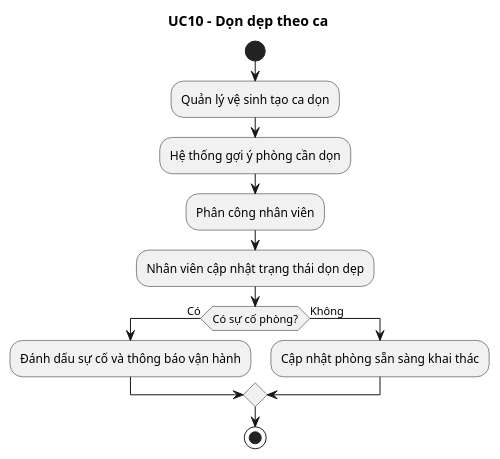
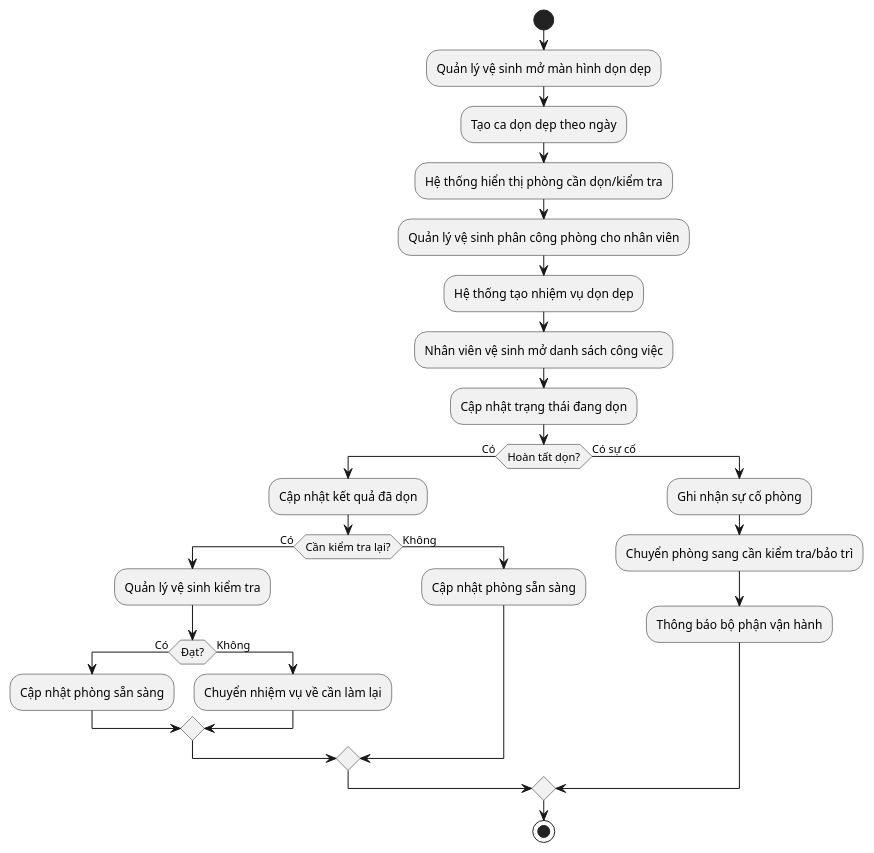
One commit to Dinhpham04/DA-KLTN_HOTEL_MANAGEMENT changed the diagram in docs/activity_diagram/uc10-cleaning-shift.puml. Above: the diagram before and after it, drawn with PlantUML. The commit also changed 92 other files, not shown here.

```diff
--- a/docs/activity_diagram/uc10-cleaning-shift.puml
+++ b/docs/activity_diagram/uc10-cleaning-shift.puml
@@ -1,14 +1,32 @@
 @startuml uc10_cleaning_shift
-title UC10 - Dọn dẹp theo ca
 start
-:Quản lý vệ sinh tạo ca dọn;
-:Hệ thống gợi ý phòng cần dọn;
-:Phân công nhân viên;
-:Nhân viên cập nhật trạng thái dọn dẹp;
-if (Có sự cố phòng?) then (Có)
-  :Đánh dấu sự cố và thông báo vận hành;
-else (Không)
-  :Cập nhật phòng sẵn sàng khai thác;
+
+:Quản lý vệ sinh mở màn hình dọn dẹp;
+:Tạo ca dọn dẹp theo ngày;
+:Hệ thống hiển thị phòng cần dọn/kiểm tra;
+:Quản lý vệ sinh phân công phòng cho nhân viên;
+:Hệ thống tạo nhiệm vụ dọn dẹp;
+
+:Nhân viên vệ sinh mở danh sách công việc;
+:Cập nhật trạng thái đang dọn;
+
+if (Hoàn tất dọn?) then (Có)
+  :Cập nhật kết quả đã dọn;
+  if (Cần kiểm tra lại?) then (Có)
+    :Quản lý vệ sinh kiểm tra;
+    if (Đạt?) then (Có)
+      :Cập nhật phòng sẵn sàng;
+    else (Không)
+      :Chuyển nhiệm vụ về cần làm lại;
+    endif
+  else (Không)
+    :Cập nhật phòng sẵn sàng;
+  endif
+else (Có sự cố)
+  :Ghi nhận sự cố phòng;
+  :Chuyển phòng sang cần kiểm tra/bảo trì;
+  :Thông báo bộ phận vận hành;
 endif
+
 stop
 @enduml
```
